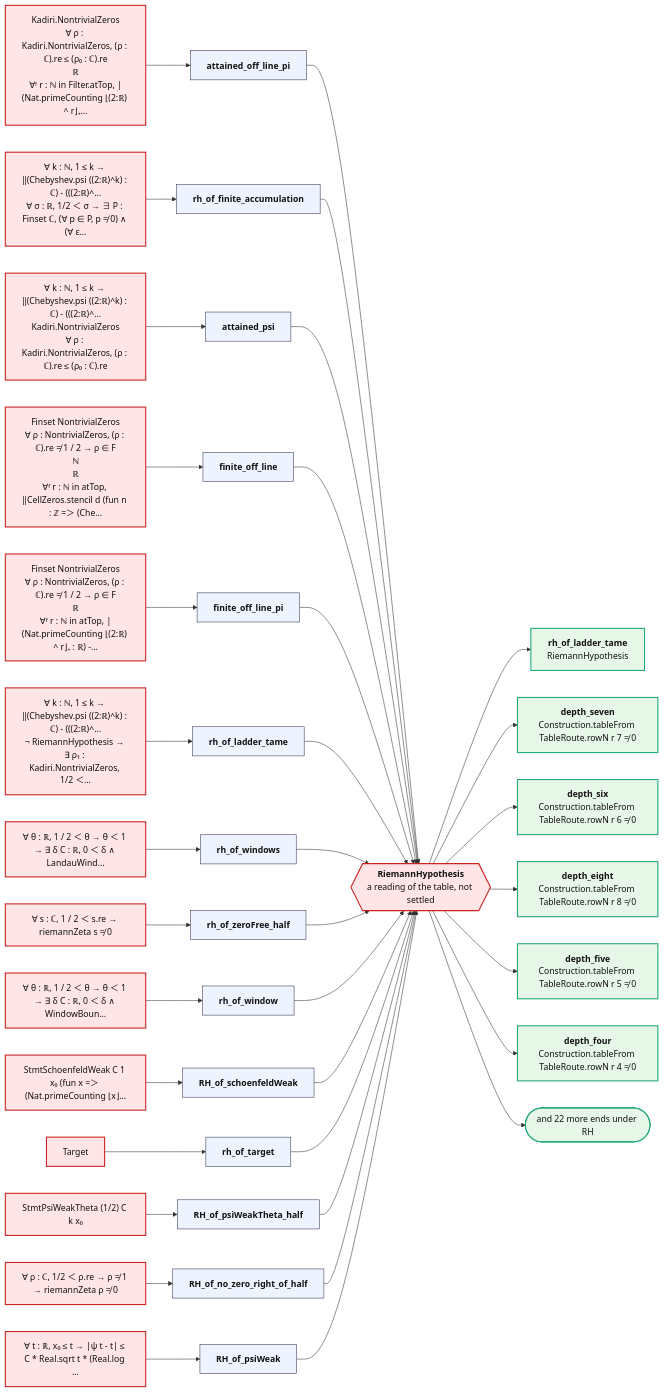
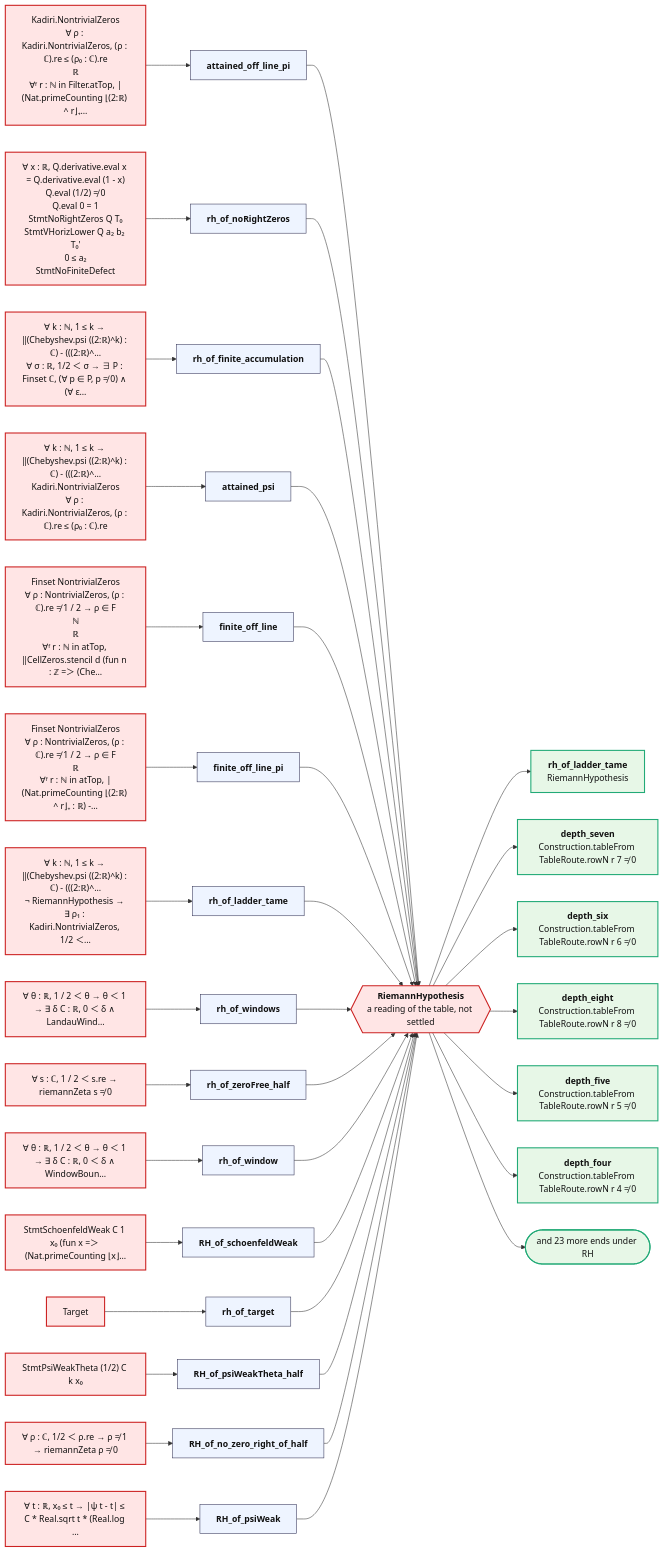
One commit to juliansambranojr/Primebeat_081426 changed the diagram in map/ROAD.md. Above: the diagram before and after it, drawn with Mermaid. The commit also changed other lines of this file and 60 other files, not shown here.

````diff
--- a/map/ROAD.md
+++ b/map/ROAD.md
@@ -5,68 +5,71 @@
 ```mermaid
 flowchart LR
   rh{{"<b>RiemannHypothesis</b><br/>a reading of the table, not settled"}}:::bad
   p0["Kadiri.NontrivialZeros<br/>∀ ρ : Kadiri.NontrivialZeros, (ρ : ℂ).re ≤ (ρ₀ : ℂ).re<br/>ℝ<br/>∀ᶠ r : ℕ in Filter.atTop, |(Nat.primeCounting ⌊(2:ℝ) ^ r⌋₊…"]:::bad
   t0["<b>attained_off_line_pi</b>"]:::thm
   p0 --> t0 --> rh
-  p1["∀ k : ℕ, 1 ≤ k → ‖(Chebyshev.psi ((2:ℝ)^k) : ℂ) - (((2:ℝ)^…<br/>∀ σ : ℝ, 1/2 ＜ σ → ∃ P : Finset ℂ, (∀ p ∈ P, p ≠ 0) ∧ (∀ ε…"]:::bad
-  t1["<b>rh_of_finite_accumulation</b>"]:::thm
+  p1["∀ x : ℝ, Q.derivative.eval x = Q.derivative.eval (1 - x)<br/>Q.eval (1/2) ≠ 0<br/>Q.eval 0 = 1<br/>StmtNoRightZeros Q T₀<br/>StmtVHorizLower Q a₂ b₂ T₀'<br/>0 ≤ a₂<br/>StmtNoFiniteDefect"]:::bad
+  t1["<b>rh_of_noRightZeros</b>"]:::thm
   p1 --> t1 --> rh
-  p2["∀ k : ℕ, 1 ≤ k → ‖(Chebyshev.psi ((2:ℝ)^k) : ℂ) - (((2:ℝ)^…<br/>Kadiri.NontrivialZeros<br/>∀ ρ : Kadiri.NontrivialZeros, (ρ : ℂ).re ≤ (ρ₀ : ℂ).re"]:::bad
-  t2["<b>attained_psi</b>"]:::thm
+  p2["∀ k : ℕ, 1 ≤ k → ‖(Chebyshev.psi ((2:ℝ)^k) : ℂ) - (((2:ℝ)^…<br/>∀ σ : ℝ, 1/2 ＜ σ → ∃ P : Finset ℂ, (∀ p ∈ P, p ≠ 0) ∧ (∀ ε…"]:::bad
+  t2["<b>rh_of_finite_accumulation</b>"]:::thm
   p2 --> t2 --> rh
-  p3["Finset NontrivialZeros<br/>∀ ρ : NontrivialZeros, (ρ : ℂ).re ≠ 1 / 2 → ρ ∈ F<br/>ℕ<br/>ℝ<br/>∀ᶠ r : ℕ in atTop, ‖CellZeros.stencil d (fun n : ℤ =＞ (Che…"]:::bad
-  t3["<b>finite_off_line</b>"]:::thm
+  p3["∀ k : ℕ, 1 ≤ k → ‖(Chebyshev.psi ((2:ℝ)^k) : ℂ) - (((2:ℝ)^…<br/>Kadiri.NontrivialZeros<br/>∀ ρ : Kadiri.NontrivialZeros, (ρ : ℂ).re ≤ (ρ₀ : ℂ).re"]:::bad
+  t3["<b>attained_psi</b>"]:::thm
   p3 --> t3 --> rh
-  p4["Finset NontrivialZeros<br/>∀ ρ : NontrivialZeros, (ρ : ℂ).re ≠ 1 / 2 → ρ ∈ F<br/>ℝ<br/>∀ᶠ r : ℕ in atTop, |(Nat.primeCounting ⌊(2:ℝ) ^ r⌋₊ : ℝ) -…"]:::bad
-  t4["<b>finite_off_line_pi</b>"]:::thm
+  p4["Finset NontrivialZeros<br/>∀ ρ : NontrivialZeros, (ρ : ℂ).re ≠ 1 / 2 → ρ ∈ F<br/>ℕ<br/>ℝ<br/>∀ᶠ r : ℕ in atTop, ‖CellZeros.stencil d (fun n : ℤ =＞ (Che…"]:::bad
+  t4["<b>finite_off_line</b>"]:::thm
   p4 --> t4 --> rh
-  p5["∀ k : ℕ, 1 ≤ k → ‖(Chebyshev.psi ((2:ℝ)^k) : ℂ) - (((2:ℝ)^…<br/>¬ RiemannHypothesis → ∃ ρ₁ : Kadiri.NontrivialZeros, 1/2 ＜…"]:::bad
-  t5["<b>rh_of_ladder_tame</b>"]:::thm
+  p5["Finset NontrivialZeros<br/>∀ ρ : NontrivialZeros, (ρ : ℂ).re ≠ 1 / 2 → ρ ∈ F<br/>ℝ<br/>∀ᶠ r : ℕ in atTop, |(Nat.primeCounting ⌊(2:ℝ) ^ r⌋₊ : ℝ) -…"]:::bad
+  t5["<b>finite_off_line_pi</b>"]:::thm
   p5 --> t5 --> rh
-  p6["∀ θ : ℝ, 1 / 2 ＜ θ → θ ＜ 1 → ∃ δ C : ℝ, 0 ＜ δ ∧ LandauWind…"]:::bad
-  t6["<b>rh_of_windows</b>"]:::thm
+  p6["∀ k : ℕ, 1 ≤ k → ‖(Chebyshev.psi ((2:ℝ)^k) : ℂ) - (((2:ℝ)^…<br/>¬ RiemannHypothesis → ∃ ρ₁ : Kadiri.NontrivialZeros, 1/2 ＜…"]:::bad
+  t6["<b>rh_of_ladder_tame</b>"]:::thm
   p6 --> t6 --> rh
-  p7["∀ s : ℂ, 1 / 2 ＜ s.re → riemannZeta s ≠ 0"]:::bad
-  t7["<b>rh_of_zeroFree_half</b>"]:::thm
+  p7["∀ θ : ℝ, 1 / 2 ＜ θ → θ ＜ 1 → ∃ δ C : ℝ, 0 ＜ δ ∧ LandauWind…"]:::bad
+  t7["<b>rh_of_windows</b>"]:::thm
   p7 --> t7 --> rh
-  p8["∀ θ : ℝ, 1 / 2 ＜ θ → θ ＜ 1 → ∃ δ C : ℝ, 0 ＜ δ ∧ WindowBoun…"]:::bad
-  t8["<b>rh_of_window</b>"]:::thm
+  p8["∀ s : ℂ, 1 / 2 ＜ s.re → riemannZeta s ≠ 0"]:::bad
+  t8["<b>rh_of_zeroFree_half</b>"]:::thm
   p8 --> t8 --> rh
-  p9["StmtSchoenfeldWeak C 1 x₀ (fun x =＞ (Nat.primeCounting ⌊x⌋…"]:::bad
-  t9["<b>RH_of_schoenfeldWeak</b>"]:::thm
+  p9["∀ θ : ℝ, 1 / 2 ＜ θ → θ ＜ 1 → ∃ δ C : ℝ, 0 ＜ δ ∧ WindowBoun…"]:::bad
+  t9["<b>rh_of_window</b>"]:::thm
   p9 --> t9 --> rh
-  p10["Target"]:::bad
-  t10["<b>rh_of_target</b>"]:::thm
+  p10["StmtSchoenfeldWeak C 1 x₀ (fun x =＞ (Nat.primeCounting ⌊x⌋…"]:::bad
+  t10["<b>RH_of_schoenfeldWeak</b>"]:::thm
   p10 --> t10 --> rh
-  p11["StmtPsiWeakTheta (1/2) C k x₀"]:::bad
-  t11["<b>RH_of_psiWeakTheta_half</b>"]:::thm
+  p11["Target"]:::bad
+  t11["<b>rh_of_target</b>"]:::thm
   p11 --> t11 --> rh
-  p12["∀ ρ : ℂ, 1/2 ＜ ρ.re → ρ ≠ 1 → riemannZeta ρ ≠ 0"]:::bad
-  t12["<b>RH_of_no_zero_right_of_half</b>"]:::thm
+  p12["StmtPsiWeakTheta (1/2) C k x₀"]:::bad
+  t12["<b>RH_of_psiWeakTheta_half</b>"]:::thm
   p12 --> t12 --> rh
-  p13["∀ t : ℝ, x₀ ≤ t → |ψ t - t| ≤ C * Real.sqrt t * (Real.log …"]:::bad
-  t13["<b>RH_of_psiWeak</b>"]:::thm
+  p13["∀ ρ : ℂ, 1/2 ＜ ρ.re → ρ ≠ 1 → riemannZeta ρ ≠ 0"]:::bad
+  t13["<b>RH_of_no_zero_right_of_half</b>"]:::thm
   p13 --> t13 --> rh
+  p14["∀ t : ℝ, x₀ ≤ t → |ψ t - t| ≤ C * Real.sqrt t * (Real.log …"]:::bad
+  t14["<b>RH_of_psiWeak</b>"]:::thm
+  p14 --> t14 --> rh
   e0["<b>rh_of_ladder_tame</b><br/>RiemannHypothesis"]:::end_
   rh --> e0
   e1["<b>depth_seven</b><br/>Construction.tableFrom TableRoute.rowN r 7 ≠ 0"]:::end_
   rh --> e1
   e2["<b>depth_six</b><br/>Construction.tableFrom TableRoute.rowN r 6 ≠ 0"]:::end_
   rh --> e2
   e3["<b>depth_eight</b><br/>Construction.tableFrom TableRoute.rowN r 8 ≠ 0"]:::end_
   rh --> e3
   e4["<b>depth_five</b><br/>Construction.tableFrom TableRoute.rowN r 5 ≠ 0"]:::end_
   rh --> e4
   e5["<b>depth_four</b><br/>Construction.tableFrom TableRoute.rowN r 4 ≠ 0"]:::end_
   rh --> e5
-  more(["and 22 more ends under RH"]):::end_
+  more(["and 23 more ends under RH"]):::end_
   rh --> more
   classDef cnt fill:#dff5ec,stroke:#17694a,color:#111
   classDef shp fill:#f1ecfb,stroke:#5b3fa0,color:#111
   classDef rh fill:#ffe5e5,stroke:#c22,color:#111,stroke-width:2px
   classDef thm fill:#eef4ff,stroke:#335,color:#111
   classDef end_ fill:#e7f7e7,stroke:#2a7,color:#111,stroke-width:2px
   classDef lone fill:#fff,stroke:#999,color:#111,stroke-dasharray:4 3
   classDef bad fill:#ffe5e5,stroke:#c22,color:#111,stroke-width:2px
   classDef ext fill:#fff8e1,stroke:#b80,color:#111
 ```
````
